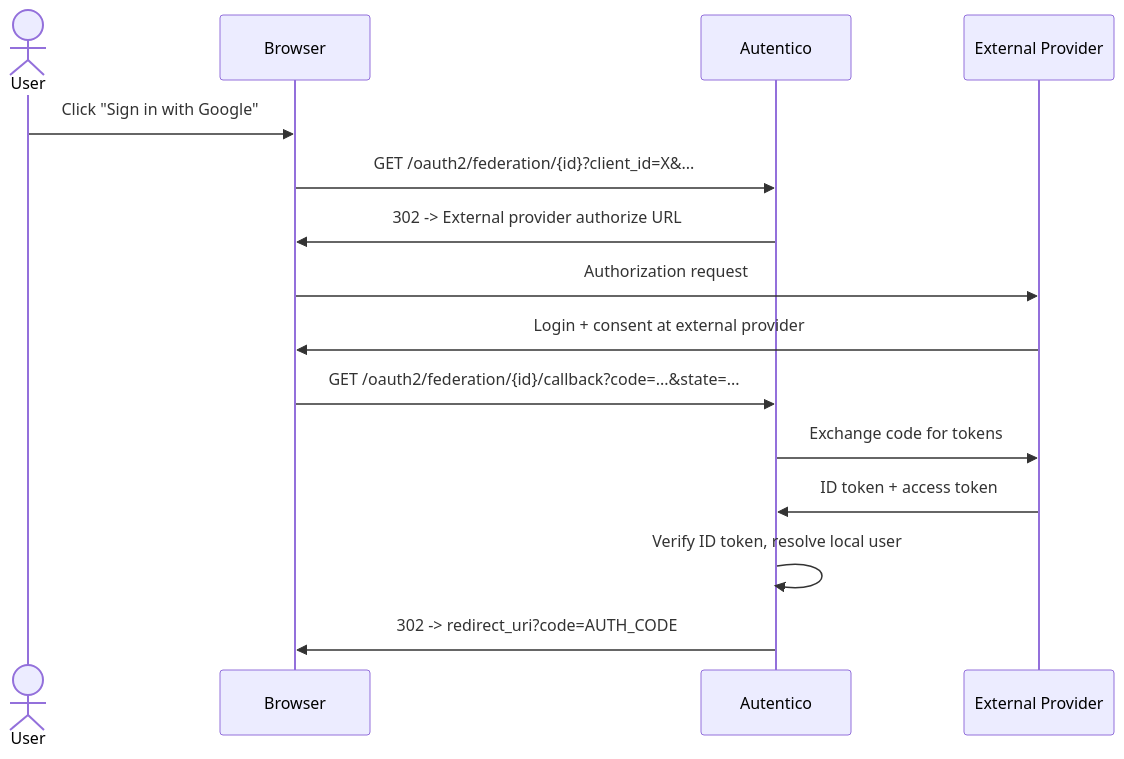
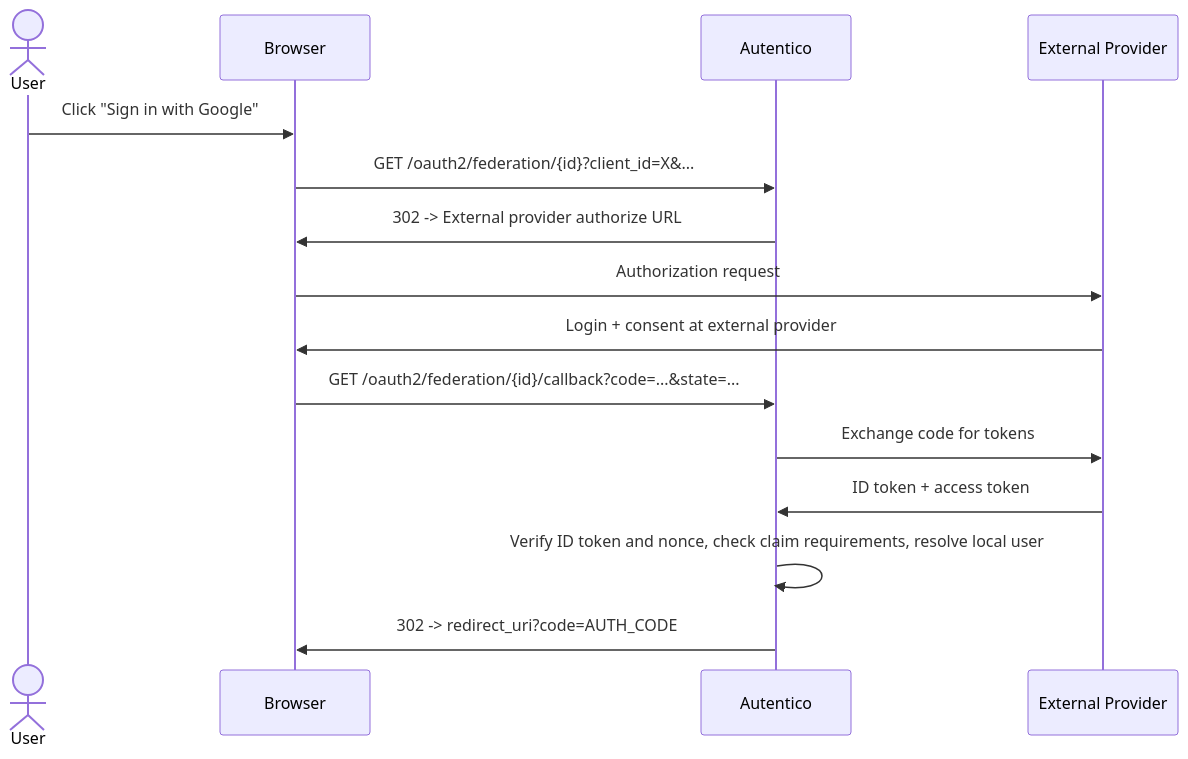
Before and after one commit to eugenioenko/autentico: the diagram in docs-web/src/content/docs/integrate/federation.mdx, drawn with Mermaid. The commit also changed other lines of this file and 35 other files, not shown here.

First line of the commit message:
feat: add federation claim requirements, rule builder and tester (#589)

````diff
--- a/docs-web/src/content/docs/integrate/federation.mdx
+++ b/docs-web/src/content/docs/integrate/federation.mdx
@@ -12,18 +12,18 @@
 ```mermaid
 sequenceDiagram
     actor User
     participant Browser
     participant IdP as Autentico
     participant ExtIdP as External Provider
 
     User->>Browser: Click "Sign in with Google"
     Browser->>IdP: GET /oauth2/federation/{id}?client_id=X&...
     IdP->>Browser: 302 -> External provider authorize URL
     Browser->>ExtIdP: Authorization request
     ExtIdP->>Browser: Login + consent at external provider
     Browser->>IdP: GET /oauth2/federation/{id}/callback?code=...&state=...
     IdP->>ExtIdP: Exchange code for tokens
     ExtIdP->>IdP: ID token + access token
-    IdP->>IdP: Verify ID token, resolve local user
+    IdP->>IdP: Verify ID token and nonce, check claim requirements, resolve local user
     IdP->>Browser: 302 -> redirect_uri?code=AUTH_CODE
 ```
````
